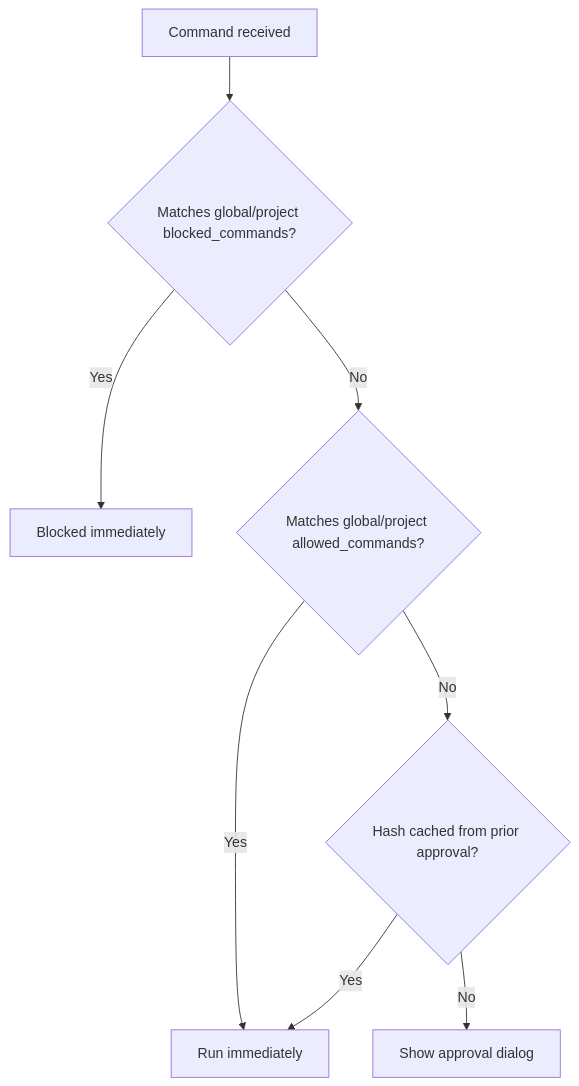
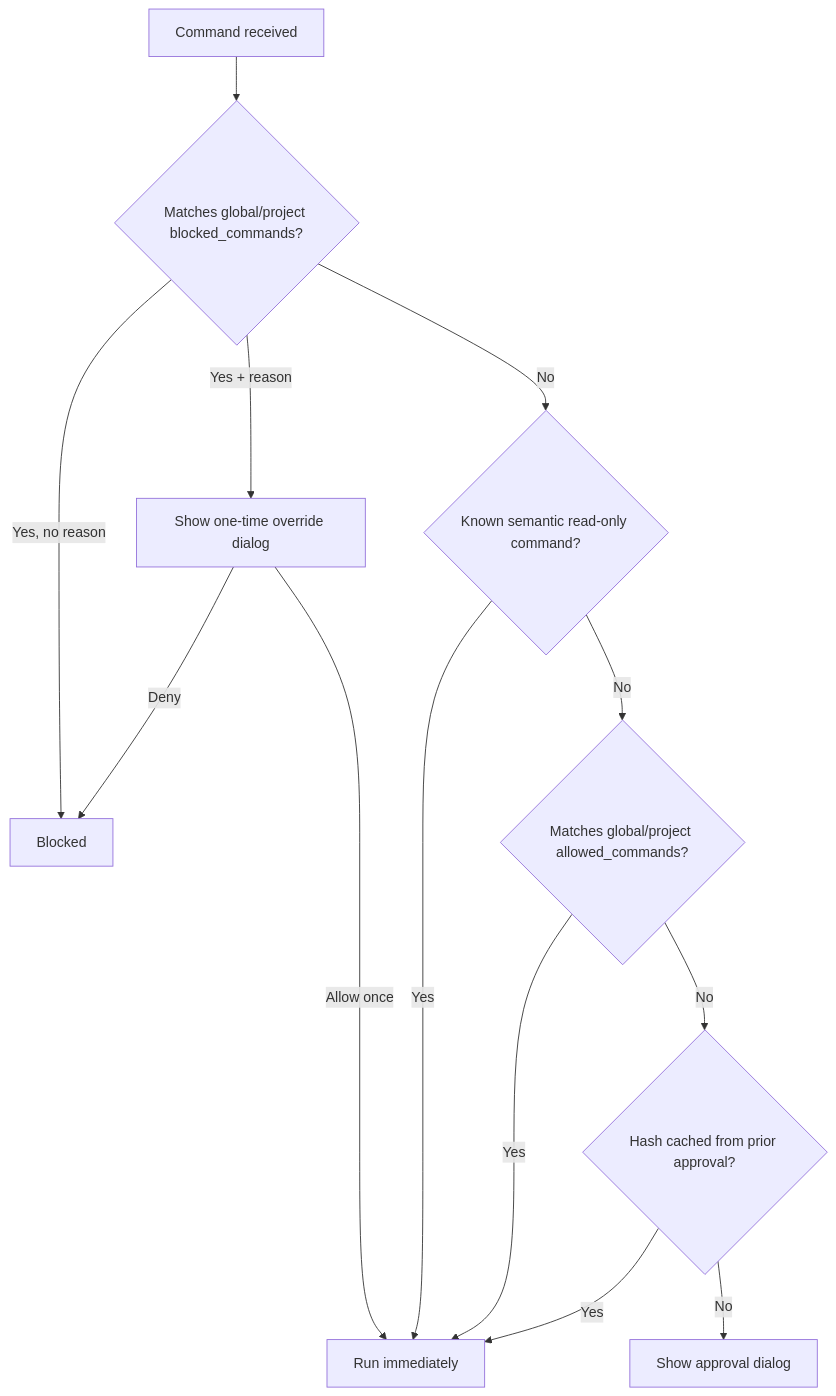
The diagram in docs/configuration.md (kamyar/ozm), drawn with Mermaid before and after one commit. The commit also changed other lines of this file and 2 other files, not shown here.

Commit message:
Update docs for current ozm behavior

````diff
--- a/docs/configuration.md
+++ b/docs/configuration.md
@@ -107,10 +107,15 @@
 ```mermaid
 flowchart TD
     A[Command received] --> B{Matches global/project blocked_commands?}
-    B -->|Yes| C[Blocked immediately]
-    B -->|No| D{Matches global/project allowed_commands?}
-    D -->|Yes| E[Run immediately]
+    B -->|Yes, no reason| C[Blocked]
+    B -->|Yes + reason| O[Show one-time override dialog]
+    O -->|Allow once| E[Run immediately]
+    O -->|Deny| C
+    B -->|No| S{Known semantic read-only command?}
+    S -->|Yes| E
+    S -->|No| D{Matches global/project allowed_commands?}
+    D -->|Yes| E
     D -->|No| F{Hash cached from prior approval?}
     F -->|Yes| E
     F -->|No| G[Show approval dialog]
 ```
````
